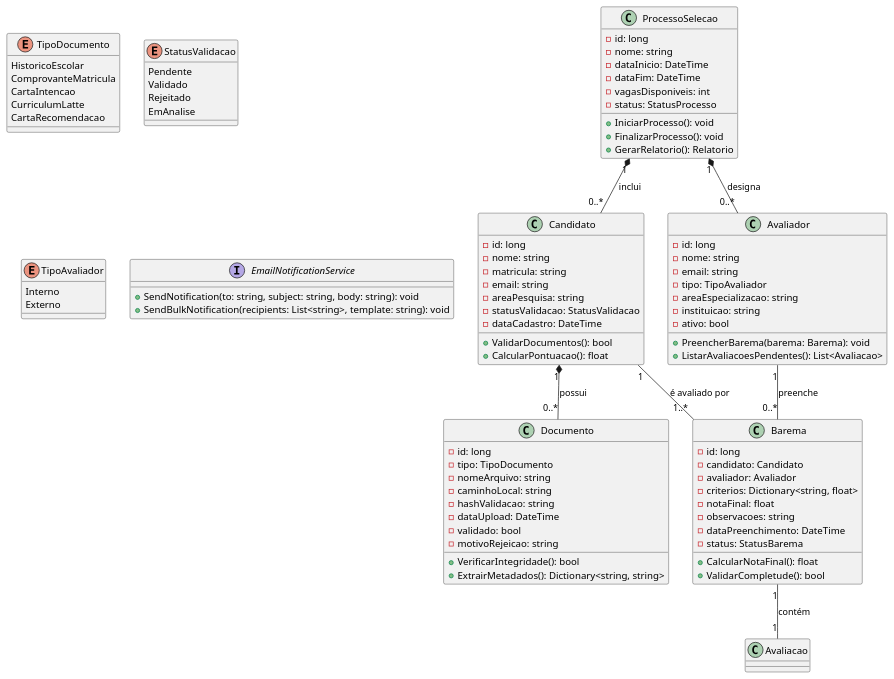
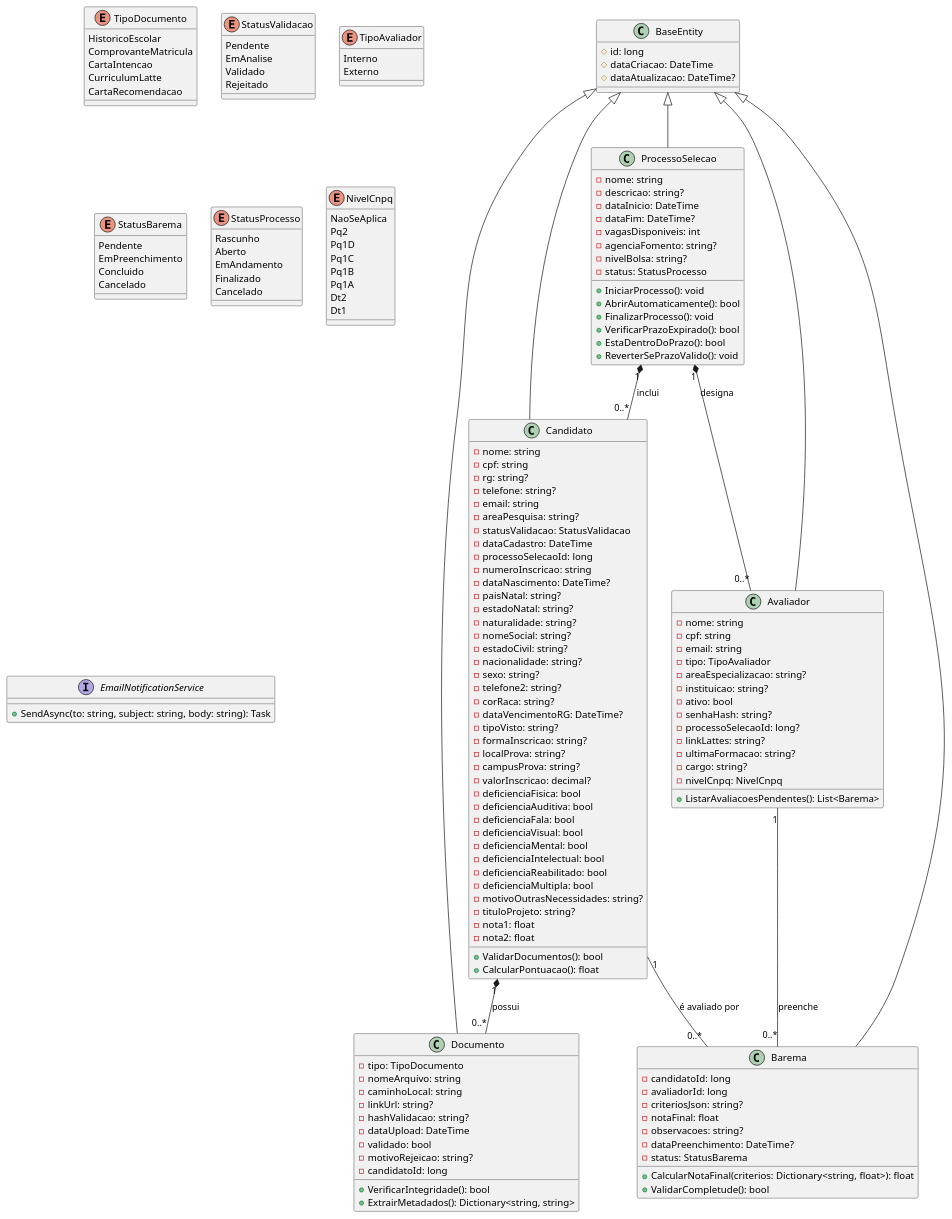
Before and after one commit to wiltonsgonc/ProcessoSelecao: the diagram in diagramas/class-diagram.puml, drawn with PlantUML. The commit also changed 6 other files, not shown here.

Commit message:
docs: atualizar diagramas PlantUML do projeto

```diff
--- a/diagramas/class-diagram.puml
+++ b/diagramas/class-diagram.puml
@@ -1,104 +1,182 @@
 @startuml ProcessoSelecao
-' Classes principais
+' Classes principais (fiéis à implementação .NET)
+class BaseEntity {
+    # id: long
+    # dataCriacao: DateTime
+    # dataAtualizacao: DateTime?
+}
+
 class Candidato {
-    - id: long
     - nome: string
-    - matricula: string
+    - cpf: string
+    - rg: string?
+    - telefone: string?
     - email: string
-    - areaPesquisa: string
+    - areaPesquisa: string?
     - statusValidacao: StatusValidacao
     - dataCadastro: DateTime
-  
+    - processoSelecaoId: long
+    - numeroInscricao: string
+    - dataNascimento: DateTime?
+    - paisNatal: string?
+    - estadoNatal: string?
+    - naturalidade: string?
+    - nomeSocial: string?
+    - estadoCivil: string?
+    - nacionalidade: string?
+    - sexo: string?
+    - telefone2: string?
+    - corRaca: string?
+    - dataVencimentoRG: DateTime?
+    - tipoVisto: string?
+    - formaInscricao: string?
+    - localProva: string?
+    - campusProva: string?
+    - valorInscricao: decimal?
+    - deficienciaFisica: bool
+    - deficienciaAuditiva: bool
+    - deficienciaFala: bool
+    - deficienciaVisual: bool
+    - deficienciaMental: bool
+    - deficienciaIntelectual: bool
+    - deficienciaReabilitado: bool
+    - deficienciaMultipla: bool
+    - motivoOutrasNecessidades: string?
+    - tituloProjeto: string?
+    - nota1: float
+    - nota2: float
+
     + ValidarDocumentos(): bool
     + CalcularPontuacao(): float
 }
 
 class Documento {
-    - id: long
     - tipo: TipoDocumento
     - nomeArquivo: string
     - caminhoLocal: string
-    - hashValidacao: string
+    - linkUrl: string?
+    - hashValidacao: string?
     - dataUpload: DateTime
     - validado: bool
-    - motivoRejeicao: string
-  
+    - motivoRejeicao: string?
+    - candidatoId: long
+
     + VerificarIntegridade(): bool
     + ExtrairMetadados(): Dictionary<string, string>
+}
+
+class Avaliador {
+    - nome: string
+    - cpf: string
+    - email: string
+    - tipo: TipoAvaliador
+    - areaEspecializacao: string?
+    - instituicao: string?
+    - ativo: bool
+    - senhaHash: string?
+    - processoSelecaoId: long?
+    - linkLattes: string?
+    - ultimaFormacao: string?
+    - cargo: string?
+    - nivelCnpq: NivelCnpq
+
+    + ListarAvaliacoesPendentes(): List<Barema>
+}
+
+class Barema {
+    - candidatoId: long
+    - avaliadorId: long
+    - criteriosJson: string?
+    - notaFinal: float
+    - observacoes: string?
+    - dataPreenchimento: DateTime?
+    - status: StatusBarema
+
+    + CalcularNotaFinal(criterios: Dictionary<string, float>): float
+    + ValidarCompletude(): bool
+}
+
+class ProcessoSelecao {
+    - nome: string
+    - descricao: string?
+    - dataInicio: DateTime
+    - dataFim: DateTime?
+    - vagasDisponiveis: int
+    - agenciaFomento: string?
+    - nivelBolsa: string?
+    - status: StatusProcesso
+
+    + IniciarProcesso(): void
+    + AbrirAutomaticamente(): bool
+    + FinalizarProcesso(): void
+    + VerificarPrazoExpirado(): bool
+    + EstaDentroDoPrazo(): bool
+    + ReverterSePrazoValido(): void
 }
 
 enum TipoDocumento {
     HistoricoEscolar
     ComprovanteMatricula
     CartaIntencao
     CurriculumLatte
     CartaRecomendacao
 }
 
 enum StatusValidacao {
     Pendente
+    EmAnalise
     Validado
     Rejeitado
-    EmAnalise
-}
-
-class Avaliador {
-    - id: long
-    - nome: string
-    - email: string
-    - tipo: TipoAvaliador
-    - areaEspecializacao: string
-    - instituicao: string
-    - ativo: bool
-  
-    + PreencherBarema(barema: Barema): void
-    + ListarAvaliacoesPendentes(): List<Avaliacao>
 }
 
 enum TipoAvaliador {
     Interno
     Externo
 }
 
-class Barema {
-    - id: long
-    - candidato: Candidato
-    - avaliador: Avaliador
-    - criterios: Dictionary<string, float>
-    - notaFinal: float
-    - observacoes: string
-    - dataPreenchimento: DateTime
-    - status: StatusBarema
-  
-    + CalcularNotaFinal(): float
-    + ValidarCompletude(): bool
+enum StatusBarema {
+    Pendente
+    EmPreenchimento
+    Concluido
+    Cancelado
 }
 
-class ProcessoSelecao {
-    - id: long
-    - nome: string
-    - dataInicio: DateTime
-    - dataFim: DateTime
-    - vagasDisponiveis: int
-    - status: StatusProcesso
-  
-    + IniciarProcesso(): void
-    + FinalizarProcesso(): void
-    + GerarRelatorio(): Relatorio
+enum StatusProcesso {
+    Rascunho
+    Aberto
+    EmAndamento
+    Finalizado
+    Cancelado
 }
 
+enum NivelCnpq {
+    NaoSeAplica
+    Pq2
+    Pq1D
+    Pq1C
+    Pq1B
+    Pq1A
+    Dt2
+    Dt1
+}
+
+' Heranças
+BaseEntity <|-- Candidato
+BaseEntity <|-- Documento
+BaseEntity <|-- Avaliador
+BaseEntity <|-- Barema
+BaseEntity <|-- ProcessoSelecao
+
 ' Relacionamentos
-Candidato "1" *-- "0..*" Documento : possui
-Candidato "1" -- "1..*" Barema : é avaliado por
-Avaliador "1" -- "0..*" Barema : preenche
-Barema "1" -- "1" Avaliacao : contém
 ProcessoSelecao "1" *-- "0..*" Candidato : inclui
 ProcessoSelecao "1" *-- "0..*" Avaliador : designa
+Candidato "1" *-- "0..*" Documento : possui
+Candidato "1" -- "0..*" Barema : é avaliado por
+Avaliador "1" -- "0..*" Barema : preenche
 
 ' Interfaces de serviço
 interface EmailNotificationService {
-    + SendNotification(to: string, subject: string, body: string): void
-    + SendBulkNotification(recipients: List<string>, template: string): void
+    + SendAsync(to: string, subject: string, body: string): Task
 }
 
 @enduml
```
